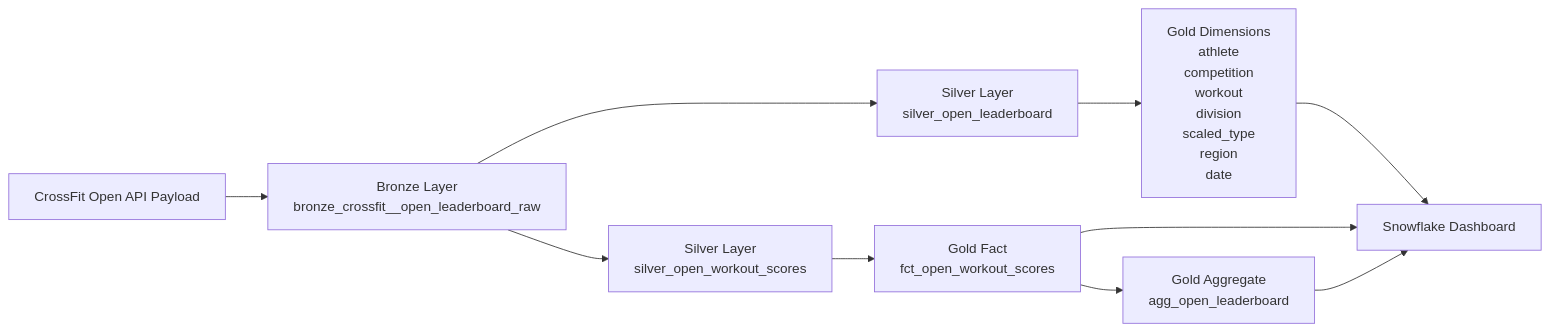
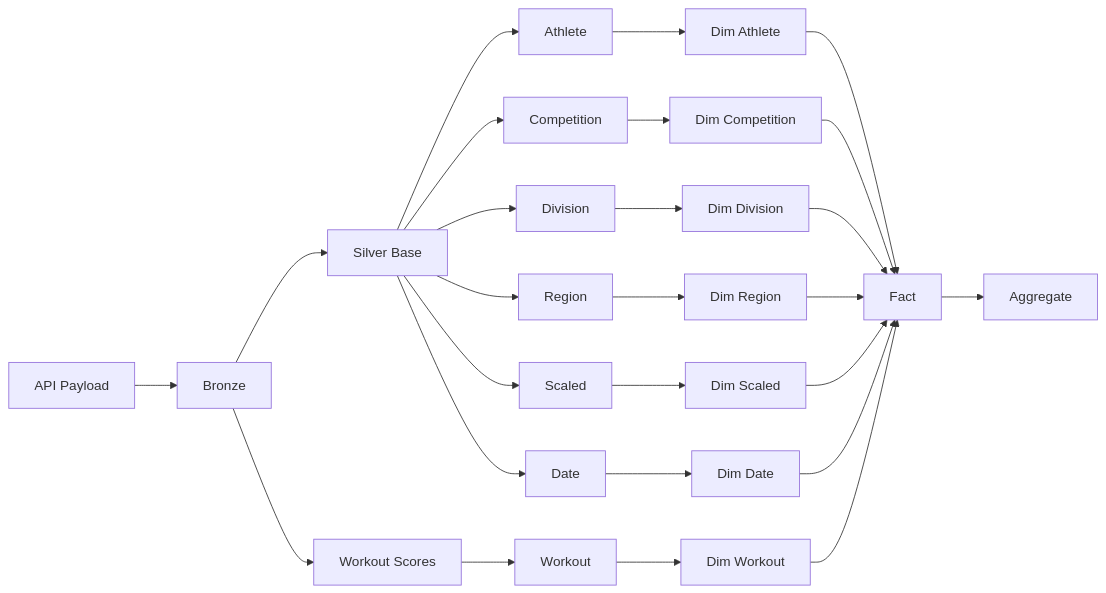
Before and after one commit to mdodom2/crossfit-open-analytics: the diagram in dbt/crossfit/README.md, drawn with Mermaid. The commit also changed other lines of this file, not shown here.

Commit message:
Update README.md to reflect new architecture.

````diff
--- a/dbt/crossfit/README.md
+++ b/dbt/crossfit/README.md
@@ -58,18 +42,33 @@
 ```mermaid
 flowchart LR
+A[API Payload] --> B[Bronze]
 
-A[CrossFit Open API Payload] --> B[Bronze Layer\nbronze_crossfit__open_leaderboard_raw]
+B --> C1[Silver Base]
+C1 --> C2[Athlete]
+C1 --> C3[Competition]
+C1 --> C4[Division]
+C1 --> C5[Region]
+C1 --> C6[Scaled]
+C1 --> C7[Date]
 
-B --> C[Silver Layer\nsilver_open_leaderboard]
-B --> D[Silver Layer\nsilver_open_workout_scores]
+B --> C8[Workout Scores]
+C8 --> C9[Workout]
 
-C --> E[Gold Dimensions\nathlete\ncompetition\nworkout\ndivision\nscaled_type\nregion\ndate]
+C2 --> D1[Dim Athlete]
+C3 --> D2[Dim Competition]
+C4 --> D3[Dim Division]
+C5 --> D4[Dim Region]
+C6 --> D5[Dim Scaled]
+C7 --> D6[Dim Date]
+C9 --> D7[Dim Workout]
 
-D --> F[Gold Fact\nfct_open_workout_scores]
+D1 --> E[Fact]
+D2 --> E
+D3 --> E
+D4 --> E
+D5 --> E
+D6 --> E
+D7 --> E
 
-F --> G[Gold Aggregate\nagg_open_leaderboard]
-
-E --> H[Snowflake Dashboard]
-F --> H
-G --> H
+E --> F[Aggregate]
 ```
````
